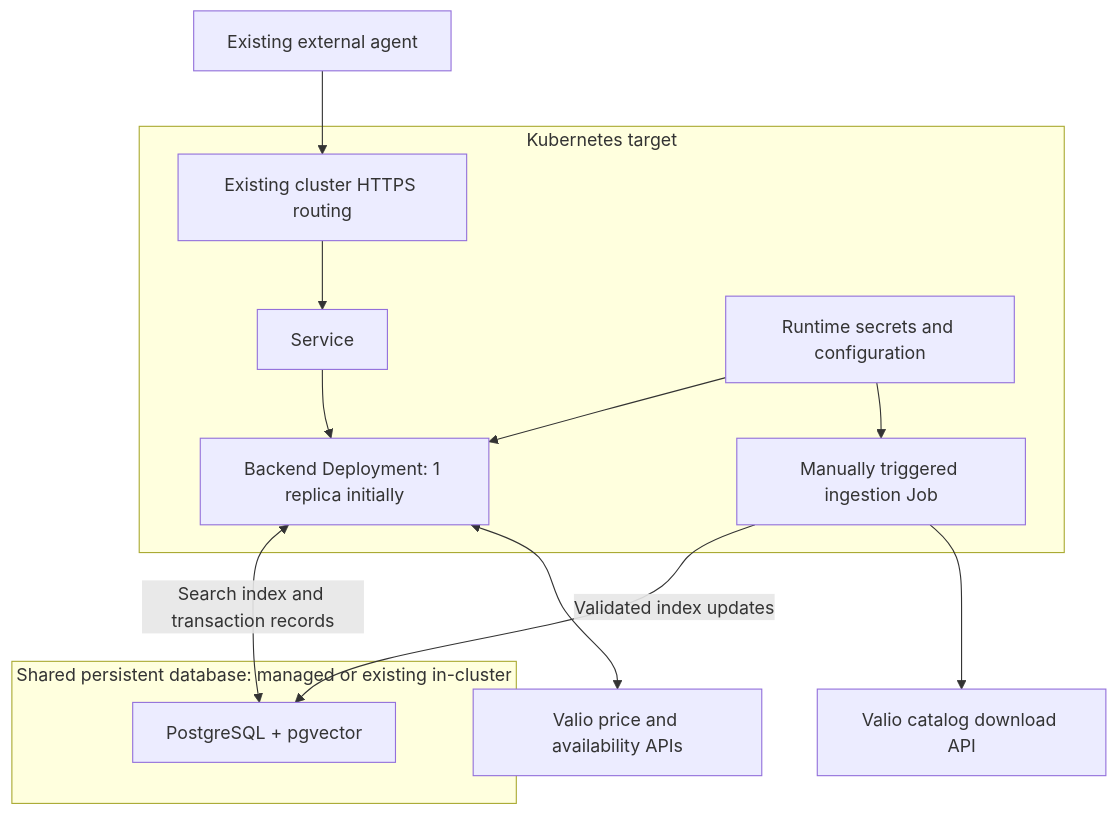
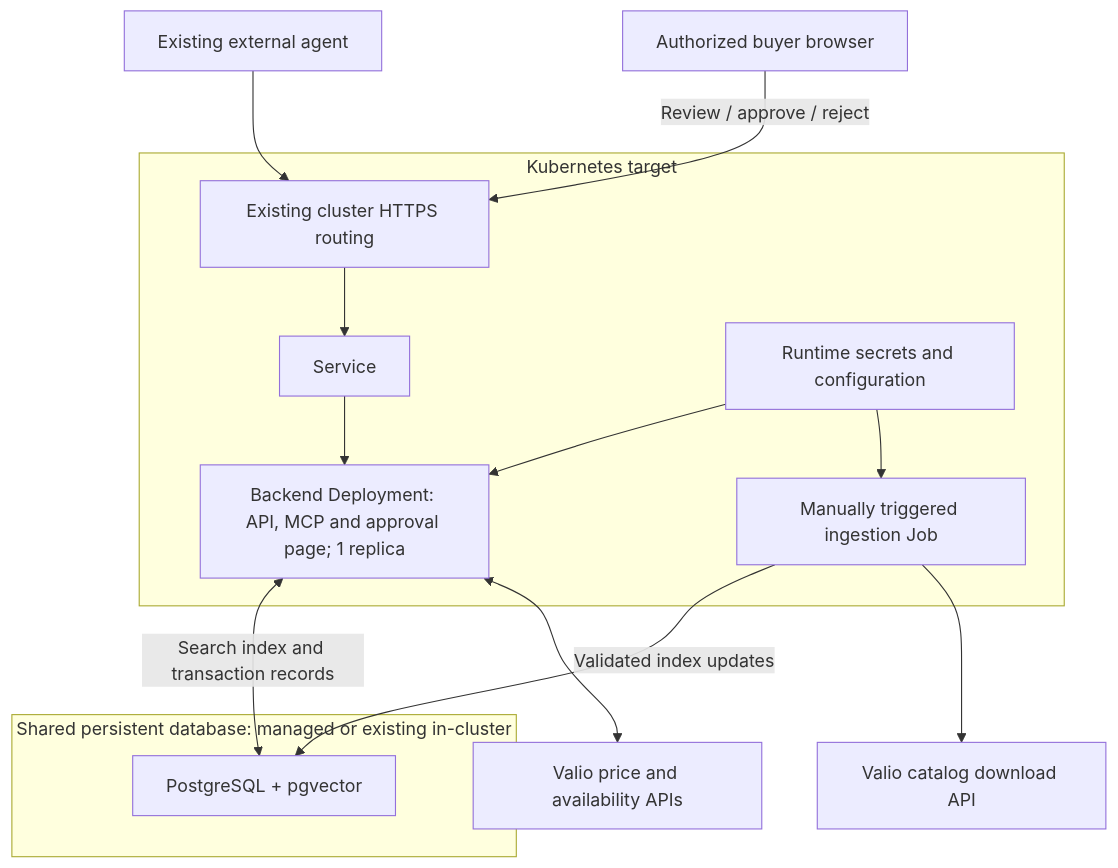
The third of 3 diagrams in docs/brief.md (Junction-Best-Team/Main-Application), drawn with Mermaid before and after one commit. The commit also changed other lines of this file and 3 other files, not shown here.

Commit message:
docs: add minimal hosted approval page to the MVP

````diff
--- a/docs/brief.md
+++ b/docs/brief.md
@@ -263,18 +285,19 @@
 ```mermaid
 flowchart TB
     Agent["Existing external agent"] --> HTTPS["Existing cluster HTTPS routing"]
+    BuyerBrowser["Authorized buyer browser"] -->|"Review / approve / reject"| HTTPS
     subgraph Cluster["Kubernetes target"]
         HTTPS --> Service["Service"]
-        Service --> Pod["Backend Deployment: 1 replica initially"]
+        Service --> Pod["Backend Deployment: API, MCP and approval page; 1 replica"]
         Job["Manually triggered ingestion Job"]
         Config["Runtime secrets and configuration"] --> Pod
         Config --> Job
     end
     subgraph Store["Shared persistent database: managed or existing in-cluster"]
         PG["PostgreSQL + pgvector"]
     end
     Pod <-->|"Search index and transaction records"| PG
     Job -->|"Validated index updates"| PG
     Job --> Download["Valio catalog download API"]
     Pod <--> Lookups["Valio price and availability APIs"]
 ```
````
